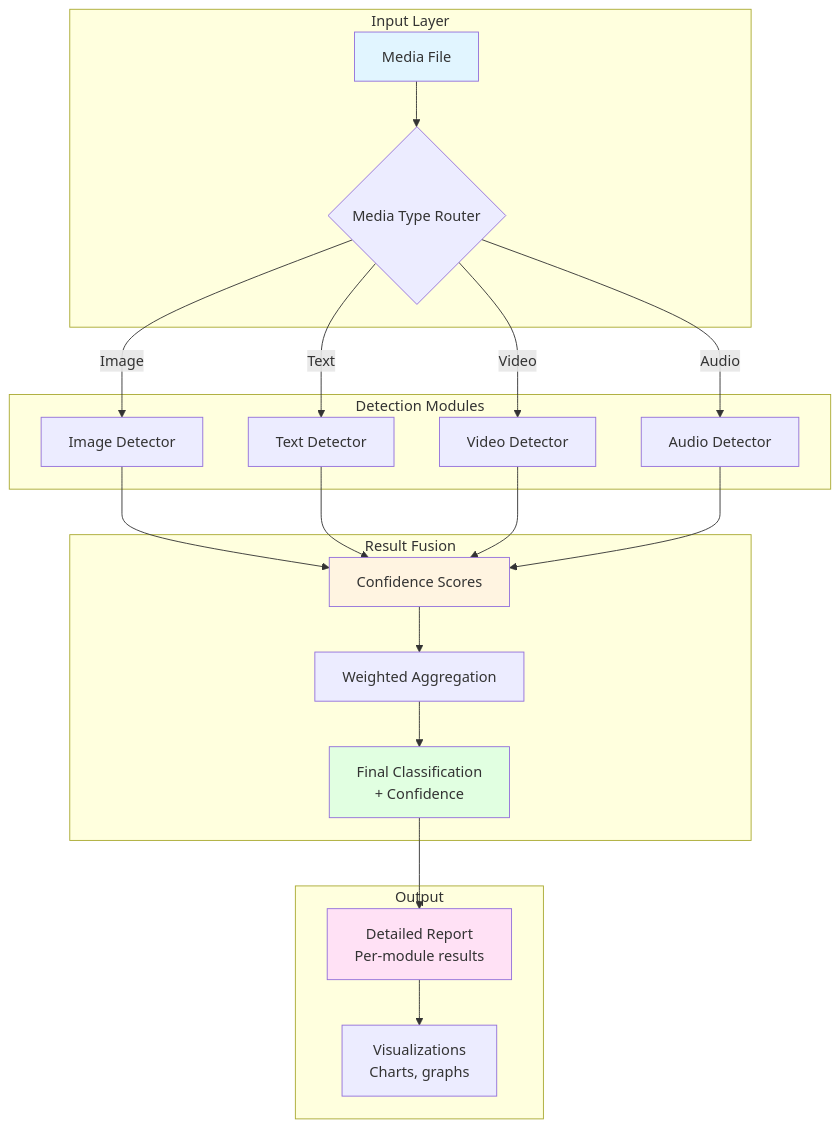
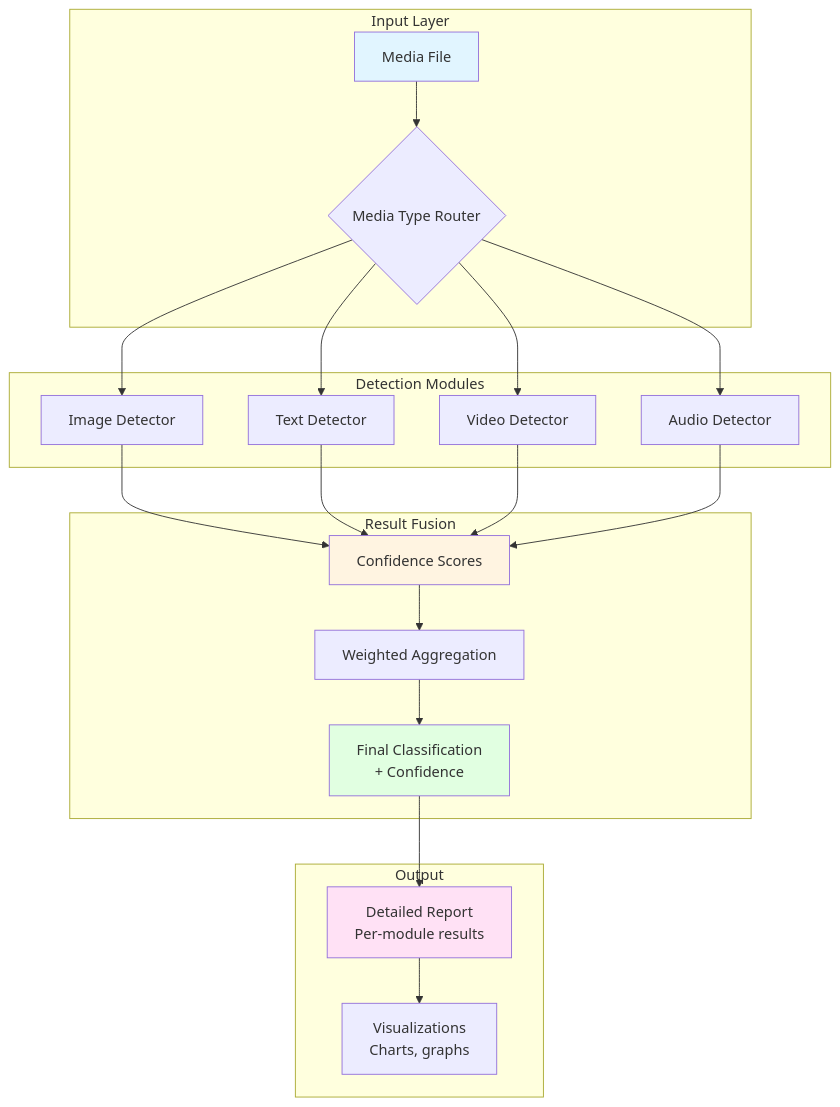
The eighth of 9 diagrams in README.md (Aashu-11/Aletheia-DeepFake-Detection-System-), drawn with Mermaid before and after one commit. The commit also changed other lines of this file, not shown here.

Commit message:
Fixed readme issue

````diff
--- a/README.md
+++ b/README.md
@@ -548,32 +548,32 @@
 ```mermaid
 graph TB
     subgraph "Input Layer"
         A[Media File] --> B{Media Type Router}
     end
     
     subgraph "Detection Modules"
-        B -->|Image| C[Image Detector]
-        B -->|Text| D[Text Detector]
-        B -->|Video| E[Video Detector]
-        B -->|Audio| F[Audio Detector]
+        B --> C[Image Detector]
+        B --> D[Text Detector]
+        B --> E[Video Detector]
+        B --> F[Audio Detector]
     end
     
     subgraph "Result Fusion"
         C --> G[Confidence Scores]
         D --> G
         E --> G
         F --> G
         G --> H[Weighted Aggregation]
         H --> I[Final Classification<br/>+ Confidence]
     end
     
     subgraph "Output"
         I --> J[Detailed Report<br/>Per-module results]
         J --> K[Visualizations<br/>Charts, graphs]
     end
     
     style A fill:#e1f5ff
     style G fill:#fff4e1
     style I fill:#e1ffe1
     style J fill:#ffe1f5
 ```
````
